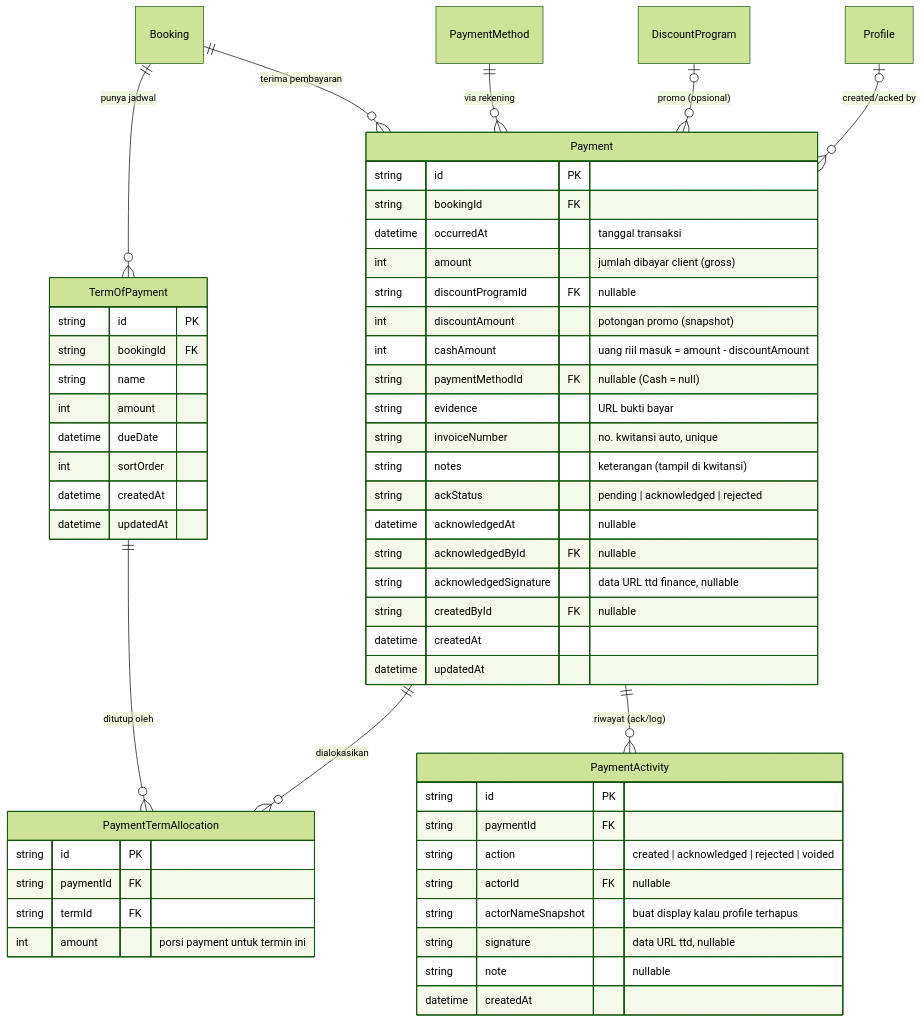
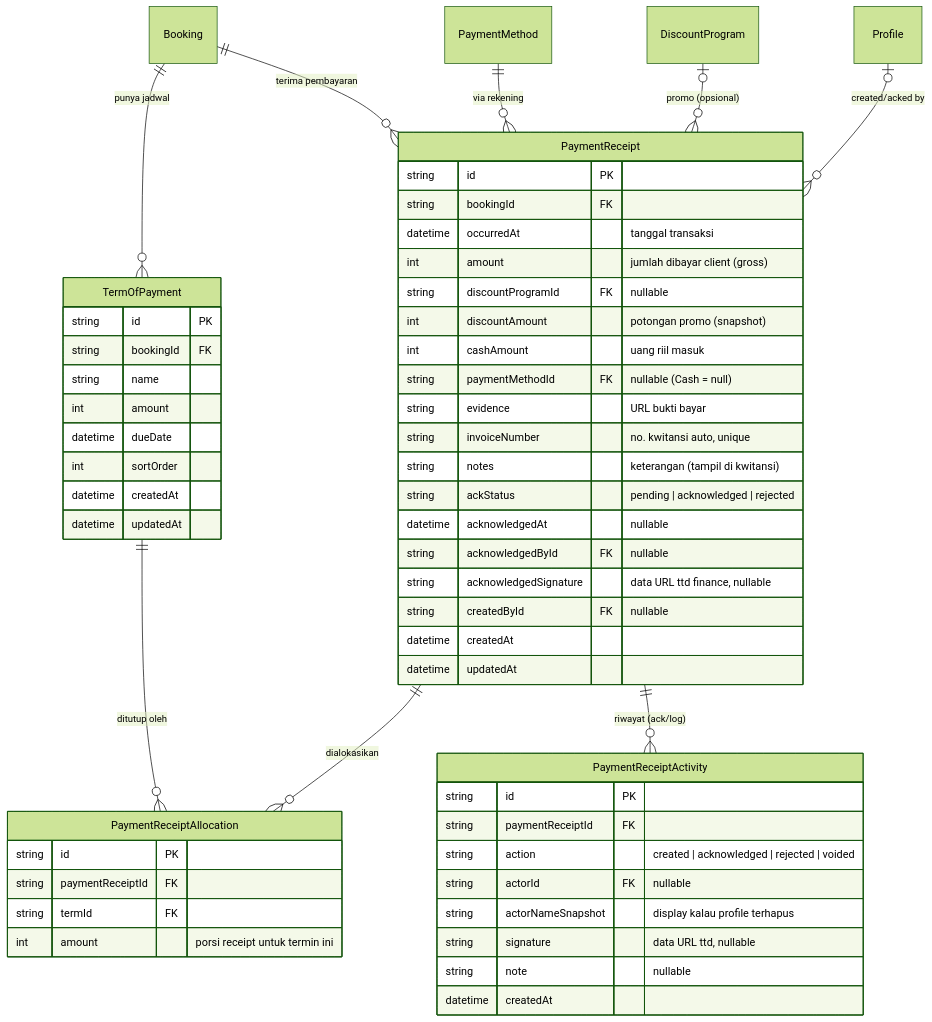
One commit to swasanaweddingpusat/swasana-project changed the diagram in docs/booking-top-payment-ledger-plan.md. Above: the diagram before and after it, drawn with Mermaid (forest theme). The commit also changed other lines of this file, not shown here.

First line of the commit message:
docs(finance): plan TOP slim-down + PaymentReceipt layer + ledger ERD

````diff
--- a/docs/booking-top-payment-ledger-plan.md
+++ b/docs/booking-top-payment-ledger-plan.md
@@ -57,61 +75,61 @@
 ```mermaid
 erDiagram
-  Booking            ||--o{ TermOfPayment        : "punya jadwal"
-  Booking            ||--o{ Payment              : "terima pembayaran"
-  Payment            ||--o{ PaymentTermAllocation: "dialokasikan"
-  TermOfPayment      ||--o{ PaymentTermAllocation: "ditutup oleh"
-  Payment            ||--o{ PaymentActivity       : "riwayat (ack/log)"
-  PaymentMethod      ||--o{ Payment              : "via rekening"
-  DiscountProgram    |o--o{ Payment              : "promo (opsional)"
-  Profile            |o--o{ Payment              : "created/acked by"
+  Booking          ||--o{ TermOfPayment            : "punya jadwal"
+  Booking          ||--o{ PaymentReceipt           : "terima pembayaran"
+  PaymentReceipt   ||--o{ PaymentReceiptAllocation : "dialokasikan"
+  TermOfPayment    ||--o{ PaymentReceiptAllocation : "ditutup oleh"
+  PaymentReceipt   ||--o{ PaymentReceiptActivity   : "riwayat (ack/log)"
+  PaymentMethod    ||--o{ PaymentReceipt           : "via rekening"
+  DiscountProgram  |o--o{ PaymentReceipt           : "promo (opsional)"
+  Profile          |o--o{ PaymentReceipt           : "created/acked by"
 
   TermOfPayment {
     string  id PK
     string  bookingId FK
     string  name
     int     amount
     datetime dueDate
     int     sortOrder
     datetime createdAt
     datetime updatedAt
   }
 
-  Payment {
+  PaymentReceipt {
     string   id PK
     string   bookingId FK
     datetime occurredAt "tanggal transaksi"
     int      amount "jumlah dibayar client (gross)"
     string   discountProgramId FK "nullable"
     int      discountAmount "potongan promo (snapshot)"
-    int      cashAmount "uang riil masuk = amount - discountAmount"
+    int      cashAmount "uang riil masuk"
     string   paymentMethodId FK "nullable (Cash = null)"
     string   evidence "URL bukti bayar"
     string   invoiceNumber "no. kwitansi auto, unique"
     string   notes "keterangan (tampil di kwitansi)"
     string   ackStatus "pending | acknowledged | rejected"
     datetime acknowledgedAt "nullable"
     string   acknowledgedById FK "nullable"
     string   acknowledgedSignature "data URL ttd finance, nullable"
     string   createdById FK "nullable"
     datetime createdAt
     datetime updatedAt
   }
 
-  PaymentTermAllocation {
+  PaymentReceiptAllocation {
     string id PK
-    string paymentId FK
+    string paymentReceiptId FK
     string termId FK
-    int    amount "porsi payment untuk termin ini"
+    int    amount "porsi receipt untuk termin ini"
   }
 
-  PaymentActivity {
+  PaymentReceiptActivity {
     string   id PK
-    string   paymentId FK
+    string   paymentReceiptId FK
     string   action "created | acknowledged | rejected | voided"
     string   actorId FK "nullable"
-    string   actorNameSnapshot "buat display kalau profile terhapus"
+    string   actorNameSnapshot "display kalau profile terhapus"
     string   signature "data URL ttd, nullable"
     string   note "nullable"
     datetime createdAt
   }
 ```
````
